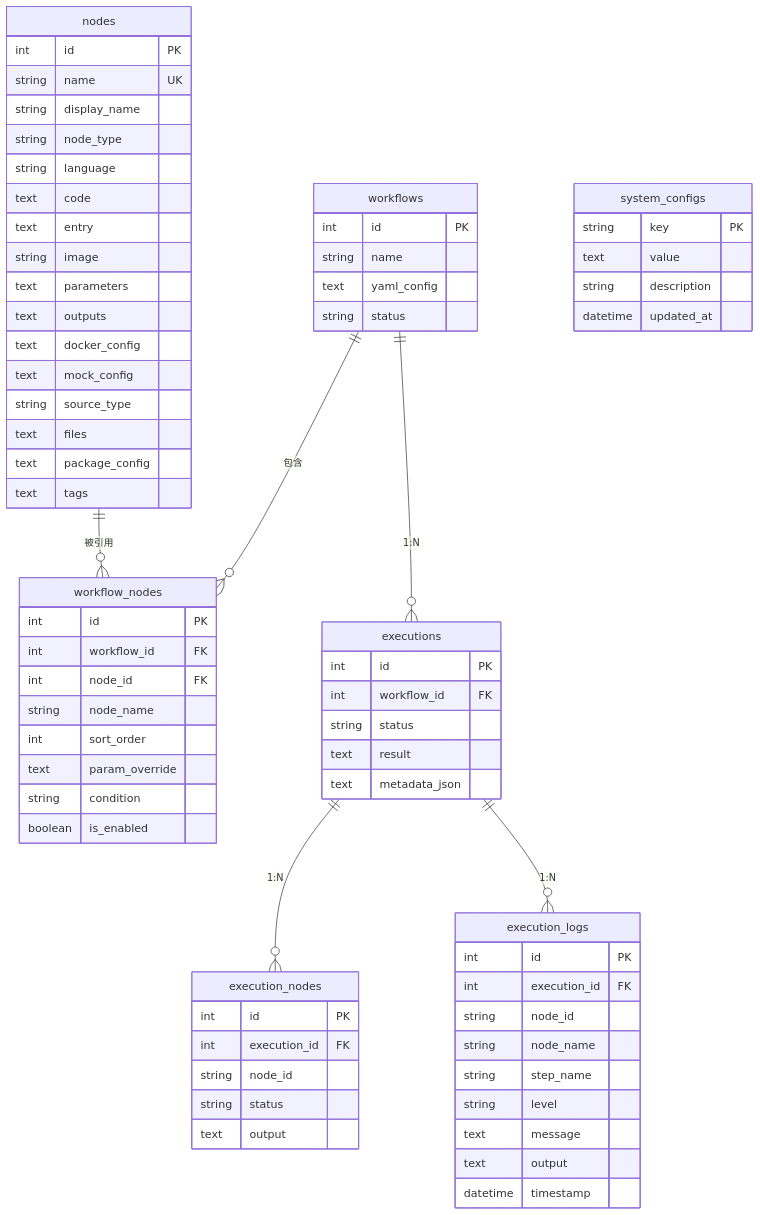
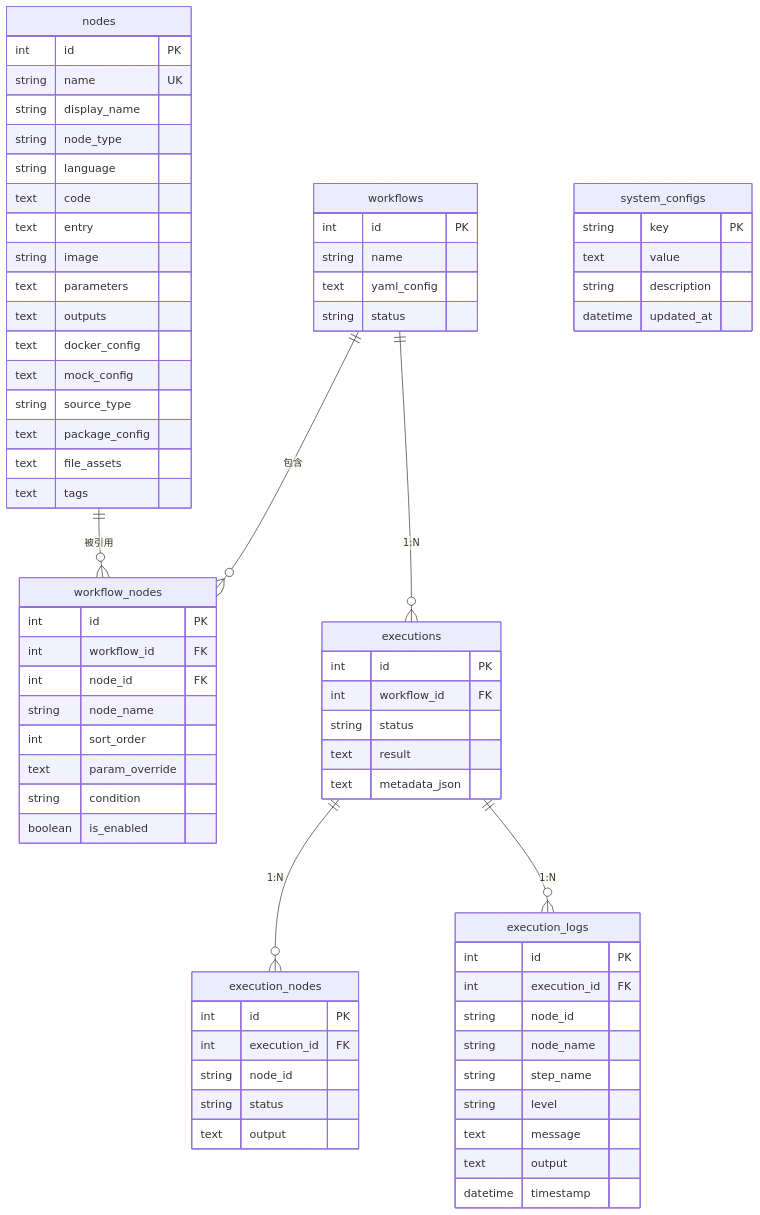
Before and after one commit to LerkoX/flowx-studio: the diagram in docs/03-database.md, drawn with Mermaid. The commit also changed other lines of this file and 3 other files, not shown here.

Commit message:
docs: sync 03/04/07/IMPLEMENTATION_STATUS with asset-store architecture

````diff
--- a/docs/03-database.md
+++ b/docs/03-database.md
@@ -286,80 +286,80 @@
 ```mermaid
 erDiagram
     workflows ||--o{ workflow_nodes : "包含"
     nodes ||--o{ workflow_nodes : "被引用"
     workflows ||--o{ executions : "1:N"
     executions ||--o{ execution_nodes : "1:N"
     executions ||--o{ execution_logs : "1:N"
 
     nodes {
         int id PK
         string name UK
         string display_name
         string node_type
         string language
         text code
         text entry
         string image
         text parameters
         text outputs
         text docker_config
         text mock_config
         string source_type
-        text files
         text package_config
+        text file_assets
         text tags
     }
 
     workflows {
         int id PK
         string name
         text yaml_config
         string status
     }
 
     workflow_nodes {
         int id PK
         int workflow_id FK
         int node_id FK
         string node_name
         int sort_order
         text param_override
         string condition
         boolean is_enabled
     }
 
     executions {
         int id PK
         int workflow_id FK
         string status
         text result
         text metadata_json
     }
 
     execution_nodes {
         int id PK
         int execution_id FK
         string node_id
         string status
         text output
     }
 
     execution_logs {
         int id PK
         int execution_id FK
         string node_id
         string node_name
         string step_name
         string level
         text message
         text output
         datetime timestamp
     }
 
     system_configs {
         string key PK
         text value
         string description
         datetime updated_at
     }
 ```
````
